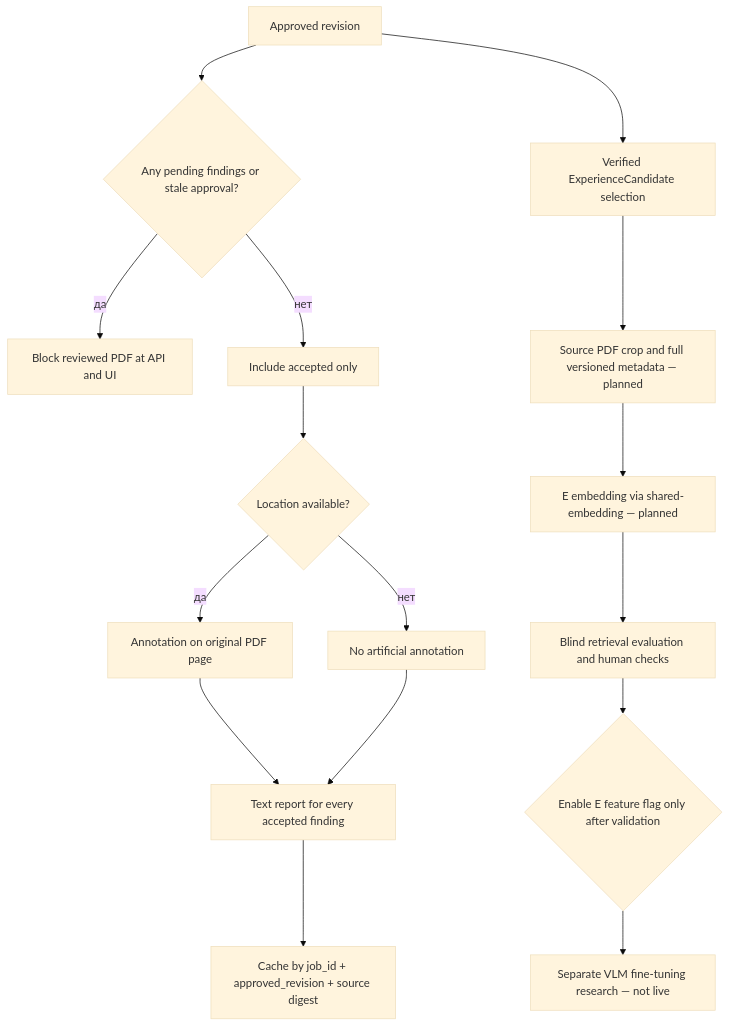
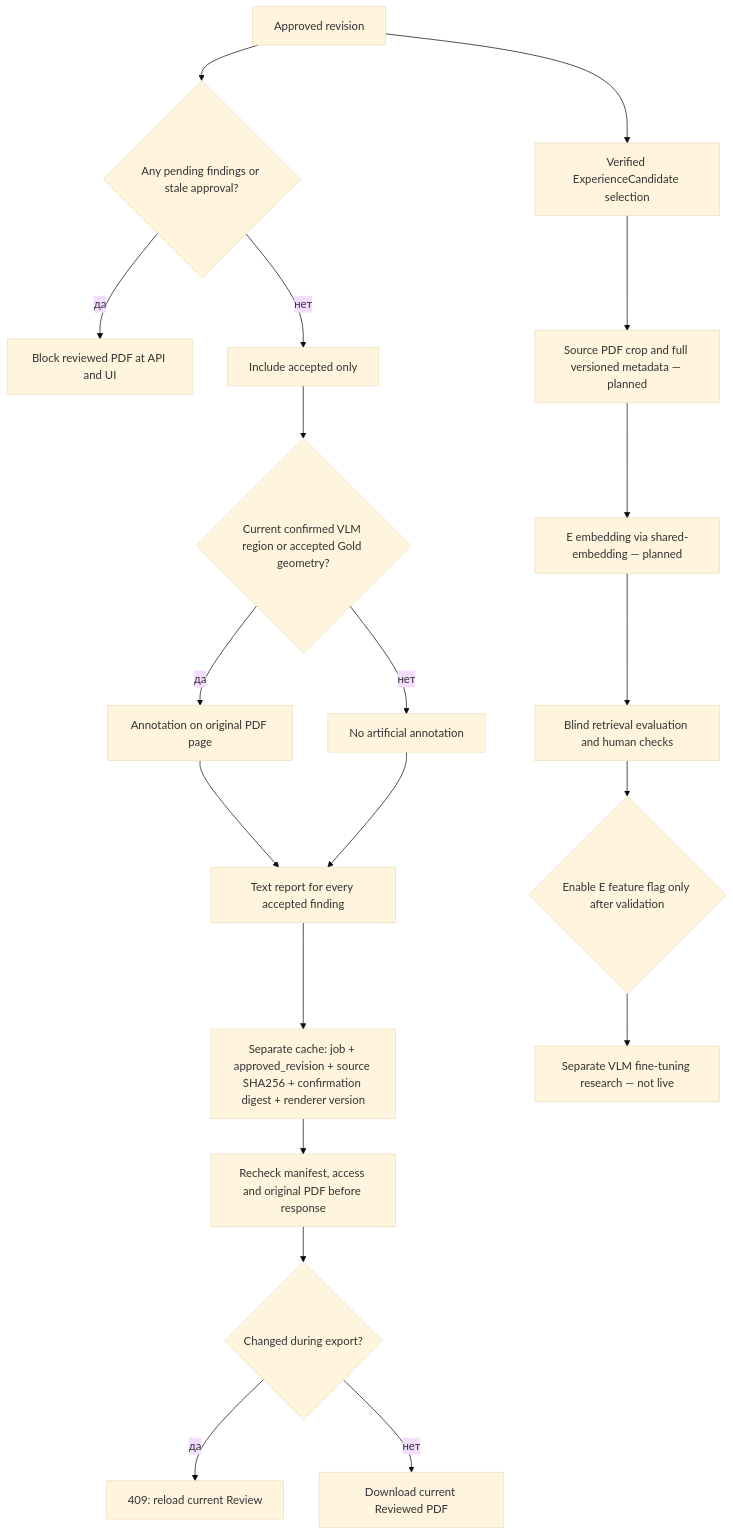
Before and after one commit to Amadu-A/PDRD-validation: diagram 14 of 15 in README.md, drawn with Mermaid (base theme). The commit also changed other lines of this file and 56 other files, not shown here.

Commit message:
feat: export approved human review PDF

````diff
--- a/README.md
+++ b/README.md
@@ -659,18 +662,22 @@
 ```mermaid
 flowchart TD
     REV["Approved revision"] --> LOCK{"Any pending findings or stale approval?"}
     LOCK -->|да| DENY["Block reviewed PDF at API and UI"]
     LOCK -->|нет| FILTER["Include accepted only"]
-    FILTER --> PAGE{"Location available?"}
+    FILTER --> PAGE{"Current confirmed VLM region or accepted Gold geometry?"}
     PAGE -->|да| DRAW["Annotation on original PDF page"]
     PAGE -->|нет| NO_BOX["No artificial annotation"]
     DRAW --> REPORT["Text report for every accepted finding"]
     NO_BOX --> REPORT
-    REPORT --> CACHE["Cache by job_id + approved_revision + source digest"]
+    REPORT --> CACHE["Separate cache: job + approved_revision + source SHA256 + confirmation digest + renderer version"]
+    CACHE --> CHECK["Recheck manifest, access and original PDF before response"]
+    CHECK --> CHANGED{"Changed during export?"}
+    CHANGED -->|да| CONFLICT["409: reload current Review"]
+    CHANGED -->|нет| DOWNLOAD["Download current Reviewed PDF"]
     REV --> SELECT["Verified ExperienceCandidate selection"]
     SELECT --> CROPS["Source PDF crop and full versioned metadata — planned"]
     CROPS --> INDEX["E embedding via shared-embedding — planned"]
     INDEX --> EVAL["Blind retrieval evaluation and human checks"]
     EVAL --> FLAG{"Enable E feature flag only after validation"}
     FLAG --> TRAIN["Separate VLM fine-tuning research — not live"]
 ```
````
